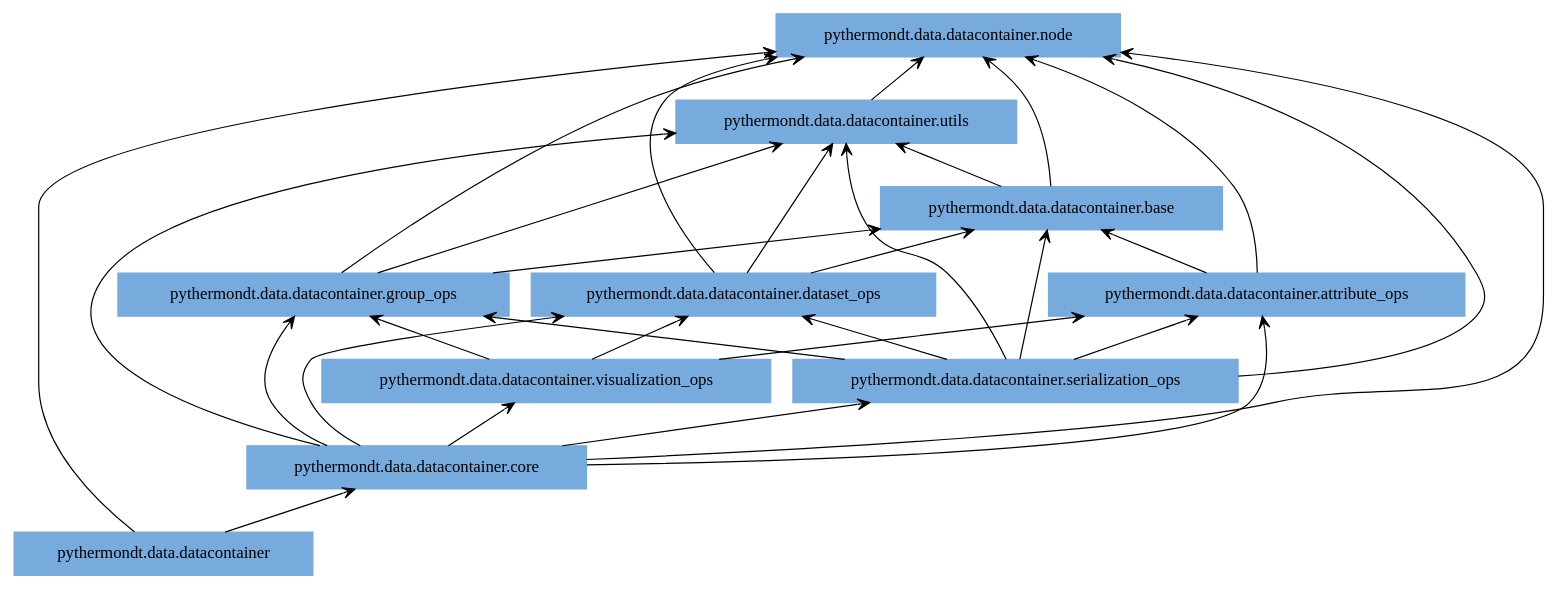
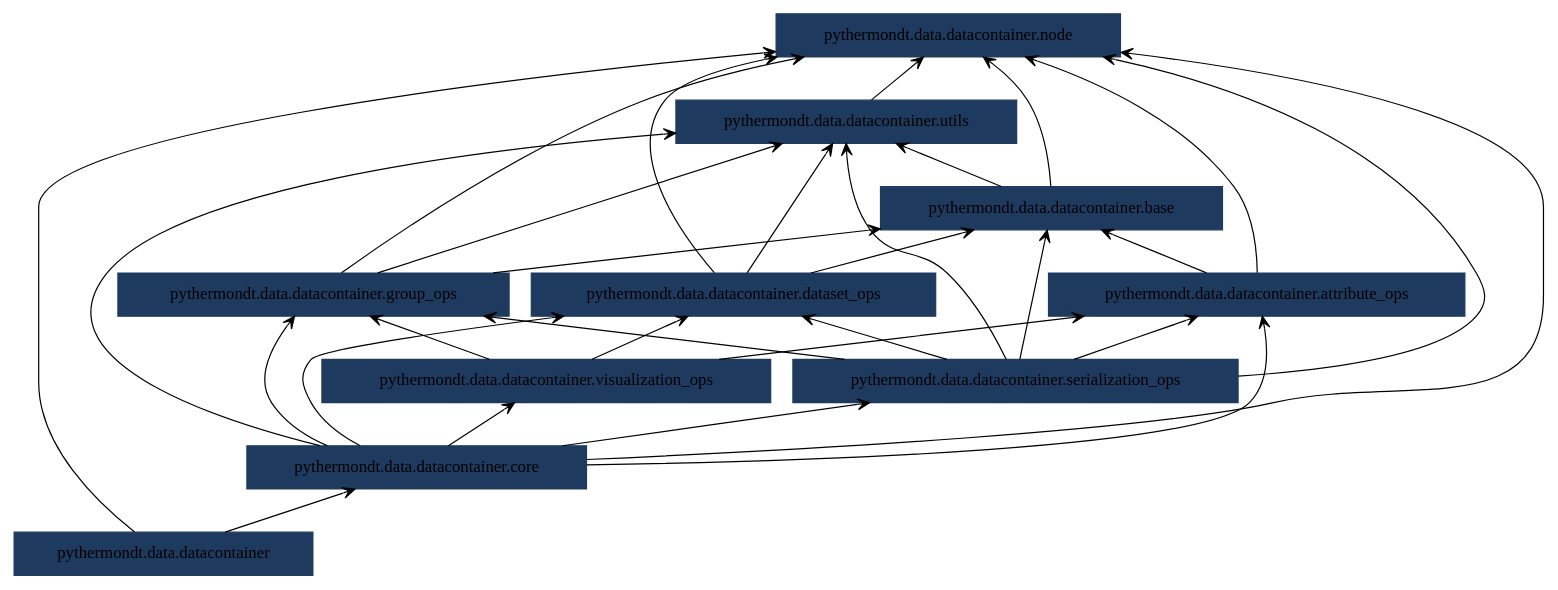
The diagram in docs/pyreverse/packages_pythermondt.data.datacontainer.gv (voidsy-gmbh/pyThermoNDT), drawn with Graphviz before and after one commit. The commit also changed 25 other files, not shown here.

Commit message:
Update pyreverse diagrams

```diff
--- a/docs/pyreverse/packages_pythermondt.data.datacontainer.gv
+++ b/docs/pyreverse/packages_pythermondt.data.datacontainer.gv
@@ -1,43 +1,43 @@
 digraph "packages_pythermondt.data.datacontainer" {
 rankdir=BT
 charset="utf-8"
-"pythermondt.data.datacontainer" [color="#77AADD", label=<pythermondt.data.datacontainer>, shape="box", style="filled"];
-"pythermondt.data.datacontainer.attribute_ops" [color="#77AADD", label=<pythermondt.data.datacontainer.attribute_ops>, shape="box", style="filled"];
-"pythermondt.data.datacontainer.base" [color="#77AADD", label=<pythermondt.data.datacontainer.base>, shape="box", style="filled"];
-"pythermondt.data.datacontainer.core" [color="#77AADD", label=<pythermondt.data.datacontainer.core>, shape="box", style="filled"];
-"pythermondt.data.datacontainer.dataset_ops" [color="#77AADD", label=<pythermondt.data.datacontainer.dataset_ops>, shape="box", style="filled"];
-"pythermondt.data.datacontainer.group_ops" [color="#77AADD", label=<pythermondt.data.datacontainer.group_ops>, shape="box", style="filled"];
-"pythermondt.data.datacontainer.node" [color="#77AADD", label=<pythermondt.data.datacontainer.node>, shape="box", style="filled"];
-"pythermondt.data.datacontainer.serialization_ops" [color="#77AADD", label=<pythermondt.data.datacontainer.serialization_ops>, shape="box", style="filled"];
-"pythermondt.data.datacontainer.utils" [color="#77AADD", label=<pythermondt.data.datacontainer.utils>, shape="box", style="filled"];
-"pythermondt.data.datacontainer.visualization_ops" [color="#77AADD", label=<pythermondt.data.datacontainer.visualization_ops>, shape="box", style="filled"];
+"pythermondt.data.datacontainer" [color="#1E3A5F", label=<pythermondt.data.datacontainer>, shape="box", style="filled"];
+"pythermondt.data.datacontainer.attribute_ops" [color="#1E3A5F", label=<pythermondt.data.datacontainer.attribute_ops>, shape="box", style="filled"];
+"pythermondt.data.datacontainer.base" [color="#1E3A5F", label=<pythermondt.data.datacontainer.base>, shape="box", style="filled"];
+"pythermondt.data.datacontainer.core" [color="#1E3A5F", label=<pythermondt.data.datacontainer.core>, shape="box", style="filled"];
+"pythermondt.data.datacontainer.dataset_ops" [color="#1E3A5F", label=<pythermondt.data.datacontainer.dataset_ops>, shape="box", style="filled"];
+"pythermondt.data.datacontainer.group_ops" [color="#1E3A5F", label=<pythermondt.data.datacontainer.group_ops>, shape="box", style="filled"];
+"pythermondt.data.datacontainer.node" [color="#1E3A5F", label=<pythermondt.data.datacontainer.node>, shape="box", style="filled"];
+"pythermondt.data.datacontainer.serialization_ops" [color="#1E3A5F", label=<pythermondt.data.datacontainer.serialization_ops>, shape="box", style="filled"];
+"pythermondt.data.datacontainer.utils" [color="#1E3A5F", label=<pythermondt.data.datacontainer.utils>, shape="box", style="filled"];
+"pythermondt.data.datacontainer.visualization_ops" [color="#1E3A5F", label=<pythermondt.data.datacontainer.visualization_ops>, shape="box", style="filled"];
 "pythermondt.data.datacontainer" -> "pythermondt.data.datacontainer.core" [arrowhead="open", arrowtail="none"];
 "pythermondt.data.datacontainer" -> "pythermondt.data.datacontainer.node" [arrowhead="open", arrowtail="none"];
 "pythermondt.data.datacontainer.attribute_ops" -> "pythermondt.data.datacontainer.base" [arrowhead="open", arrowtail="none"];
 "pythermondt.data.datacontainer.attribute_ops" -> "pythermondt.data.datacontainer.node" [arrowhead="open", arrowtail="none"];
 "pythermondt.data.datacontainer.base" -> "pythermondt.data.datacontainer.node" [arrowhead="open", arrowtail="none"];
 "pythermondt.data.datacontainer.base" -> "pythermondt.data.datacontainer.utils" [arrowhead="open", arrowtail="none"];
 "pythermondt.data.datacontainer.core" -> "pythermondt.data.datacontainer.attribute_ops" [arrowhead="open", arrowtail="none"];
 "pythermondt.data.datacontainer.core" -> "pythermondt.data.datacontainer.dataset_ops" [arrowhead="open", arrowtail="none"];
 "pythermondt.data.datacontainer.core" -> "pythermondt.data.datacontainer.group_ops" [arrowhead="open", arrowtail="none"];
 "pythermondt.data.datacontainer.core" -> "pythermondt.data.datacontainer.node" [arrowhead="open", arrowtail="none"];
 "pythermondt.data.datacontainer.core" -> "pythermondt.data.datacontainer.serialization_ops" [arrowhead="open", arrowtail="none"];
 "pythermondt.data.datacontainer.core" -> "pythermondt.data.datacontainer.utils" [arrowhead="open", arrowtail="none"];
 "pythermondt.data.datacontainer.core" -> "pythermondt.data.datacontainer.visualization_ops" [arrowhead="open", arrowtail="none"];
 "pythermondt.data.datacontainer.dataset_ops" -> "pythermondt.data.datacontainer.base" [arrowhead="open", arrowtail="none"];
 "pythermondt.data.datacontainer.dataset_ops" -> "pythermondt.data.datacontainer.node" [arrowhead="open", arrowtail="none"];
 "pythermondt.data.datacontainer.dataset_ops" -> "pythermondt.data.datacontainer.utils" [arrowhead="open", arrowtail="none"];
 "pythermondt.data.datacontainer.group_ops" -> "pythermondt.data.datacontainer.base" [arrowhead="open", arrowtail="none"];
 "pythermondt.data.datacontainer.group_ops" -> "pythermondt.data.datacontainer.node" [arrowhead="open", arrowtail="none"];
 "pythermondt.data.datacontainer.group_ops" -> "pythermondt.data.datacontainer.utils" [arrowhead="open", arrowtail="none"];
 "pythermondt.data.datacontainer.serialization_ops" -> "pythermondt.data.datacontainer.attribute_ops" [arrowhead="open", arrowtail="none"];
 "pythermondt.data.datacontainer.serialization_ops" -> "pythermondt.data.datacontainer.base" [arrowhead="open", arrowtail="none"];
 "pythermondt.data.datacontainer.serialization_ops" -> "pythermondt.data.datacontainer.dataset_ops" [arrowhead="open", arrowtail="none"];
 "pythermondt.data.datacontainer.serialization_ops" -> "pythermondt.data.datacontainer.group_ops" [arrowhead="open", arrowtail="none"];
 "pythermondt.data.datacontainer.serialization_ops" -> "pythermondt.data.datacontainer.node" [arrowhead="open", arrowtail="none"];
 "pythermondt.data.datacontainer.serialization_ops" -> "pythermondt.data.datacontainer.utils" [arrowhead="open", arrowtail="none"];
 "pythermondt.data.datacontainer.utils" -> "pythermondt.data.datacontainer.node" [arrowhead="open", arrowtail="none"];
 "pythermondt.data.datacontainer.visualization_ops" -> "pythermondt.data.datacontainer.attribute_ops" [arrowhead="open", arrowtail="none"];
 "pythermondt.data.datacontainer.visualization_ops" -> "pythermondt.data.datacontainer.dataset_ops" [arrowhead="open", arrowtail="none"];
 "pythermondt.data.datacontainer.visualization_ops" -> "pythermondt.data.datacontainer.group_ops" [arrowhead="open", arrowtail="none"];
 }
```
